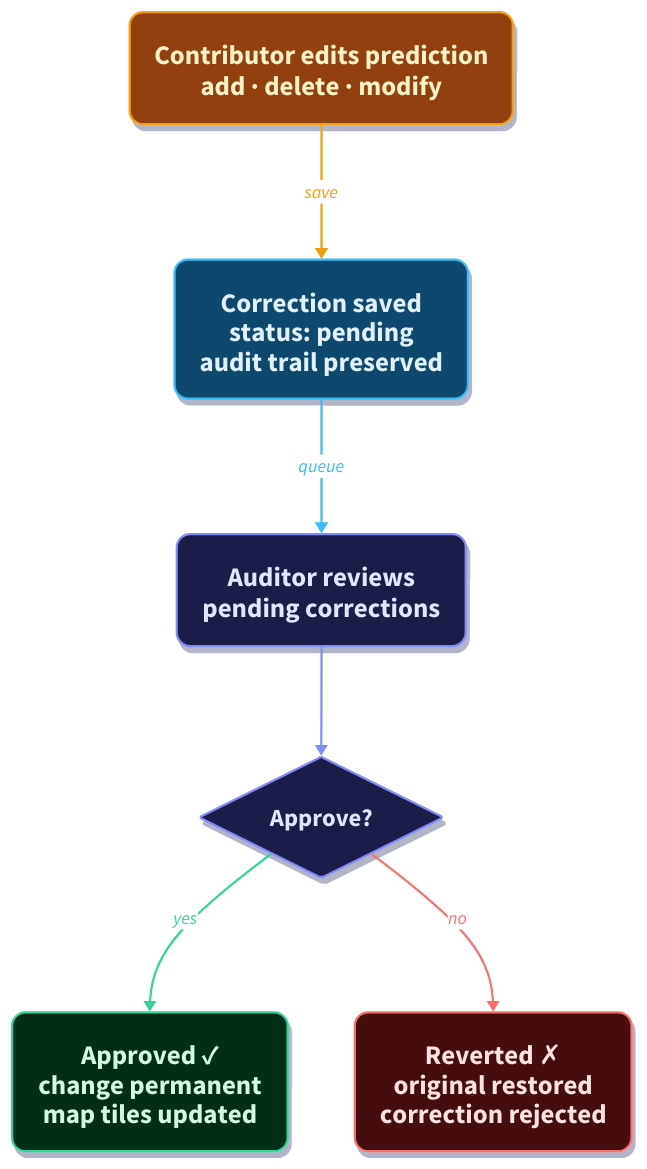
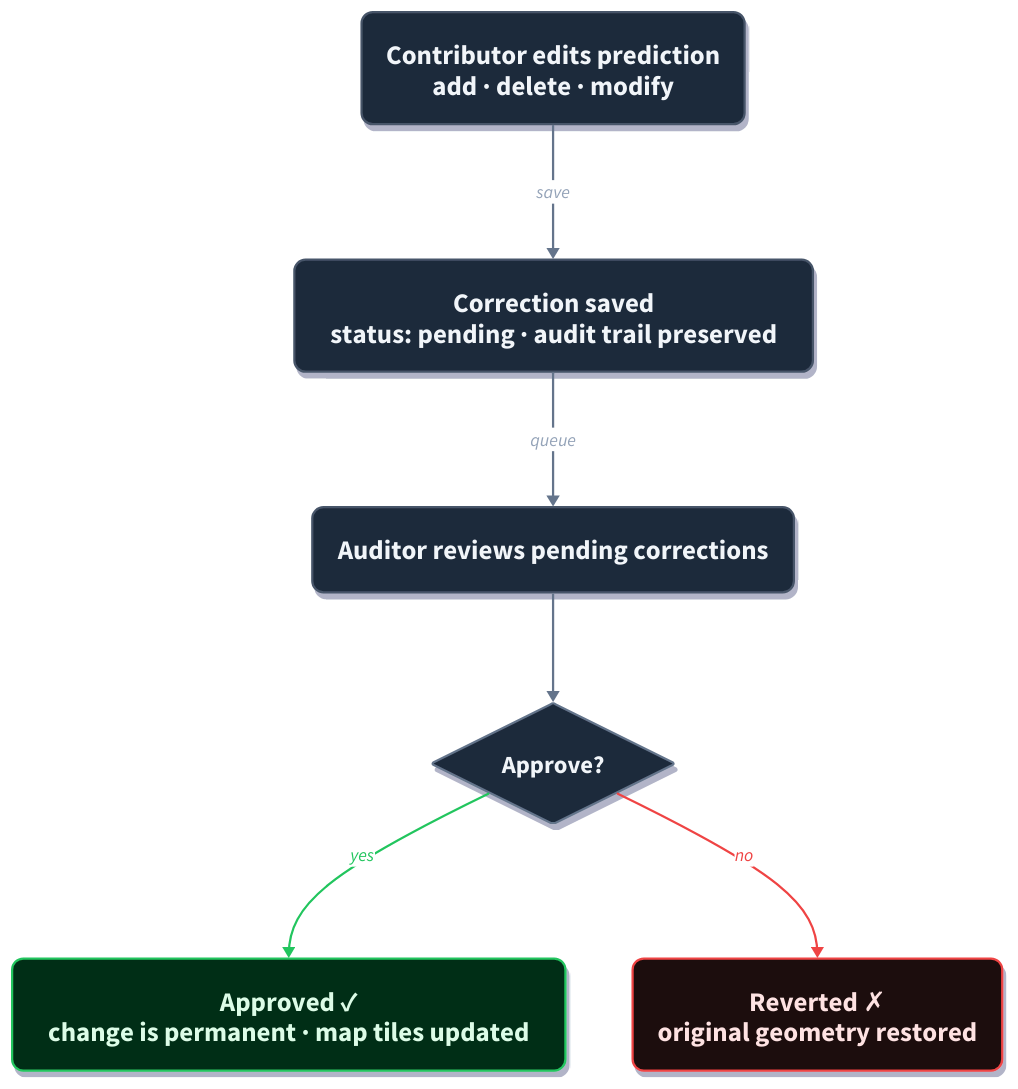
Before and after one commit to Deadwood-ai/deadtrees: the diagram in docs/projects/geolabel/assets/geolabel-correction-lifecycle-presentation.d2, drawn with D2. The commit also changed 2 other files, not shown here.

Commit message:
docs: refine lifecycle diagram colors — clean slate base, emerald/red outcomes only

```diff
--- a/docs/projects/geolabel/assets/geolabel-correction-lifecycle-presentation.d2
+++ b/docs/projects/geolabel/assets/geolabel-correction-lifecycle-presentation.d2
@@ -1,114 +1,92 @@
 direction: down
 
 classes: {
-  contributor: {
+  step: {
     style: {
-      fill: "#92400e"
-      stroke: "#f59e0b"
-      font-color: "#fef3c7"
-      border-radius: 12
-      font-size: 24
-      stroke-width: 2
-      shadow: true
-    }
-  }
-  pending: {
-    style: {
-      fill: "#0c4a6e"
-      stroke: "#38bdf8"
-      font-color: "#e0f2fe"
-      border-radius: 12
-      font-size: 24
-      stroke-width: 2
-      shadow: true
-    }
-  }
-  auditor: {
-    style: {
-      fill: "#1e1b4b"
-      stroke: "#818cf8"
-      font-color: "#e0e7ff"
-      border-radius: 12
+      fill: "#1e293b"
+      stroke: "#475569"
+      font-color: "#f1f5f9"
+      border-radius: 10
       font-size: 24
       stroke-width: 2
       shadow: true
     }
   }
   decision: {
     shape: diamond
     style: {
-      fill: "#1e1b4b"
-      stroke: "#818cf8"
-      font-color: "#e0e7ff"
+      fill: "#1e293b"
+      stroke: "#64748b"
+      font-color: "#f1f5f9"
       font-size: 22
       stroke-width: 2
       shadow: true
     }
   }
   approved: {
     style: {
       fill: "#052e16"
-      stroke: "#34d399"
-      font-color: "#d1fae5"
-      border-radius: 12
+      stroke: "#22c55e"
+      font-color: "#dcfce7"
+      border-radius: 10
       font-size: 24
       stroke-width: 2
       shadow: true
     }
   }
   reverted: {
     style: {
-      fill: "#450a0a"
-      stroke: "#f87171"
+      fill: "#1c0a09"
+      stroke: "#ef4444"
       font-color: "#fee2e2"
-      border-radius: 12
+      border-radius: 10
       font-size: 24
       stroke-width: 2
       shadow: true
     }
   }
 }
 
-edit: "Contributor edits prediction\nadd · delete · modify" {
-  class: contributor
+edit: "Contributor edits prediction\nadd  ·  delete  ·  modify" {
+  class: step
 }
 
-pending: "Correction saved\nstatus: pending\naudit trail preserved" {
-  class: pending
+pending: "Correction saved\nstatus: pending  ·  audit trail preserved" {
+  class: step
 }
 
-review: "Auditor reviews\npending corrections" {
-  class: auditor
+review: "Auditor reviews pending corrections" {
+  class: step
 }
 
 decision: "Approve?" {
   class: decision
 }
 
-approved: "Approved ✓\nchange permanent\nmap tiles updated" {
+approved: "Approved ✓\nchange is permanent  ·  map tiles updated" {
   class: approved
 }
 
-reverted: "Reverted ✗\noriginal restored\ncorrection rejected" {
+reverted: "Reverted ✗\noriginal geometry restored" {
   class: reverted
 }
 
 edit -> pending: "save" {
-  style.stroke: "#f59e0b"
-  style.font-color: "#f59e0b"
+  style.stroke: "#64748b"
+  style.font-color: "#94a3b8"
 }
 pending -> review: "queue" {
-  style.stroke: "#38bdf8"
-  style.font-color: "#38bdf8"
+  style.stroke: "#64748b"
+  style.font-color: "#94a3b8"
 }
 review -> decision: {
-  style.stroke: "#818cf8"
+  style.stroke: "#64748b"
 }
 decision -> approved: "yes" {
-  style.stroke: "#34d399"
-  style.font-color: "#34d399"
+  style.stroke: "#22c55e"
+  style.font-color: "#22c55e"
 }
 decision -> reverted: "no" {
-  style.stroke: "#f87171"
-  style.font-color: "#f87171"
+  style.stroke: "#ef4444"
+  style.font-color: "#ef4444"
 }
```
